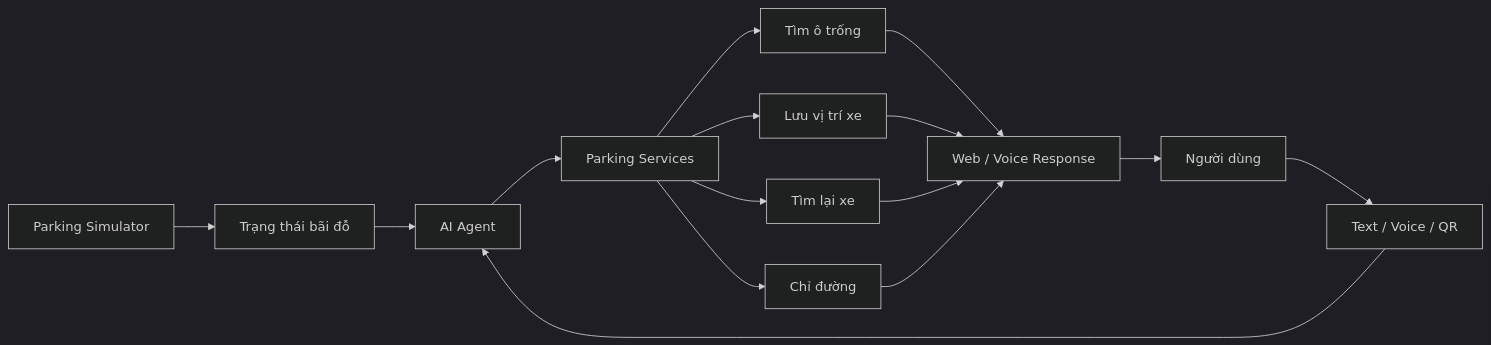
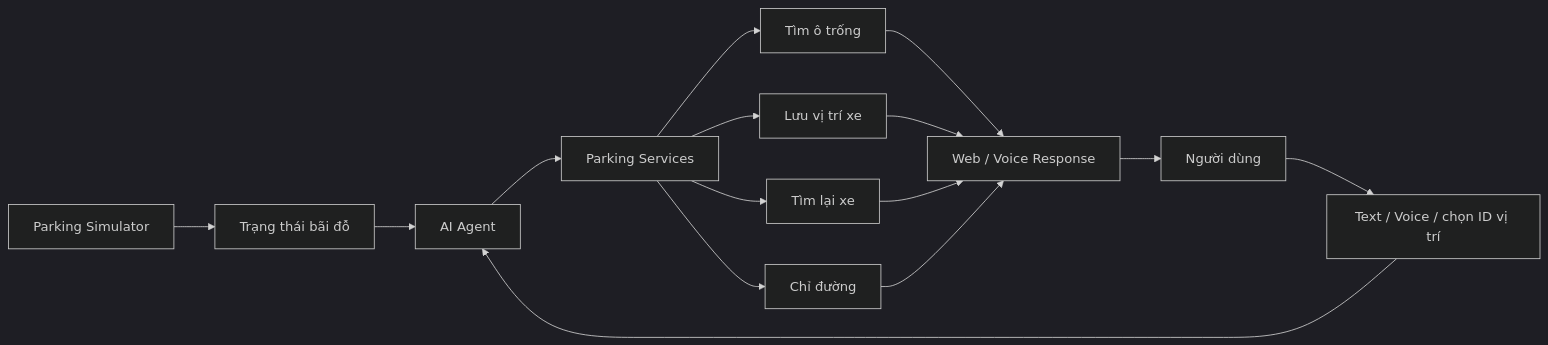
The first of 6 diagrams in docs/parksmart-ai-workflows.md (Ngducanh05/T-152), drawn with Mermaid (dark theme) before and after one commit. The commit also changed other lines of this file and 16 other files, not shown here.

````diff
--- a/docs/parksmart-ai-workflows.md
+++ b/docs/parksmart-ai-workflows.md
@@ -18,17 +18,17 @@
 ```mermaid
 flowchart LR
     A[Parking Simulator] --> B[Trạng thái bãi đỗ]
-    C[Người dùng] --> D[Text / Voice / QR]
+    C[Người dùng] --> D[Text / Voice / chọn ID vị trí]
     D --> E[AI Agent]
     B --> E
     E --> F[Parking Services]
     F --> G[Tìm ô trống]
     F --> H[Lưu vị trí xe]
     F --> I[Tìm lại xe]
     F --> J[Chỉ đường]
     G --> K[Web / Voice Response]
     H --> K
     I --> K
     J --> K
     K --> C
 ```
````
